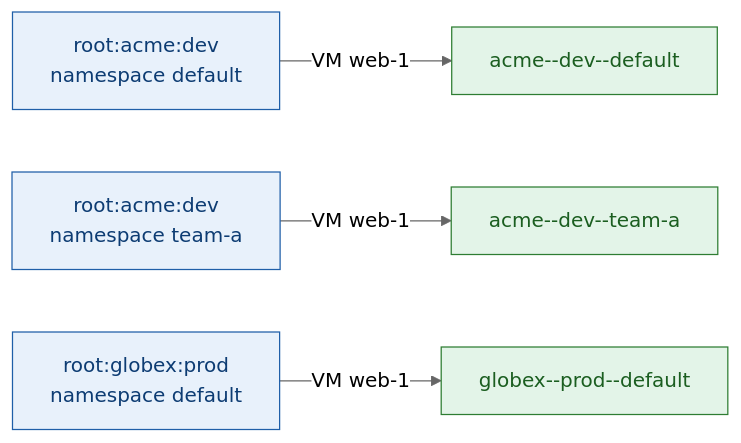
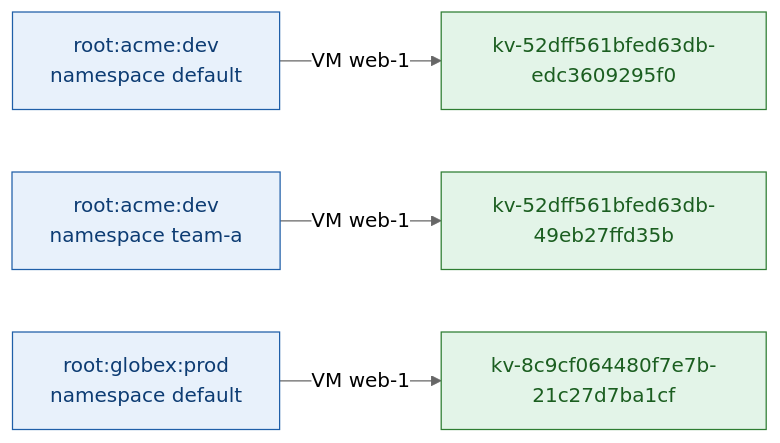
The fourth of 6 diagrams in content/kubermatic-virtualization/main/kdp-integration/how-it-works/_index.en.md (kubermatic/docs), drawn with Mermaid (neutral theme) before and after one commit. The commit also changed other lines of this file and 8 other files, not shown here.

````diff
--- a/content/kubermatic-virtualization/main/kdp-integration/how-it-works/_index.en.md
+++ b/content/kubermatic-virtualization/main/kdp-integration/how-it-works/_index.en.md
@@ -150,12 +153,12 @@
 ```mermaid
 flowchart LR
-  a["root:acme:dev<br/>namespace default"] -->|"VM web-1"| ha["acme--dev--default"]
-  b["root:acme:dev<br/>namespace team-a"] -->|"VM web-1"| hb["acme--dev--team-a"]
-  c["root:globex:prod<br/>namespace default"] -->|"VM web-1"| hc["globex--prod--default"]
+  a["root:acme:dev<br/>namespace default"] -->|"VM web-1"| ha["kv-52dff561bfed63db-edc3609295f0"]
+  b["root:acme:dev<br/>namespace team-a"] -->|"VM web-1"| hb["kv-52dff561bfed63db-49eb27ffd35b"]
+  c["root:globex:prod<br/>namespace default"] -->|"VM web-1"| hc["kv-8c9cf064480f7e7b-21c27d7ba1cf"]
 
   classDef kdp fill:#e8f1fb,stroke:#1f5fa8,color:#0d3c73
   classDef kv fill:#e3f4e8,stroke:#2e7d32,color:#1b5e20
   classDef ext fill:#fff4e0,stroke:#b26a00,color:#6d4100
   class a,b,c kdp
   class ha,hb,hc kv
 ```
````
